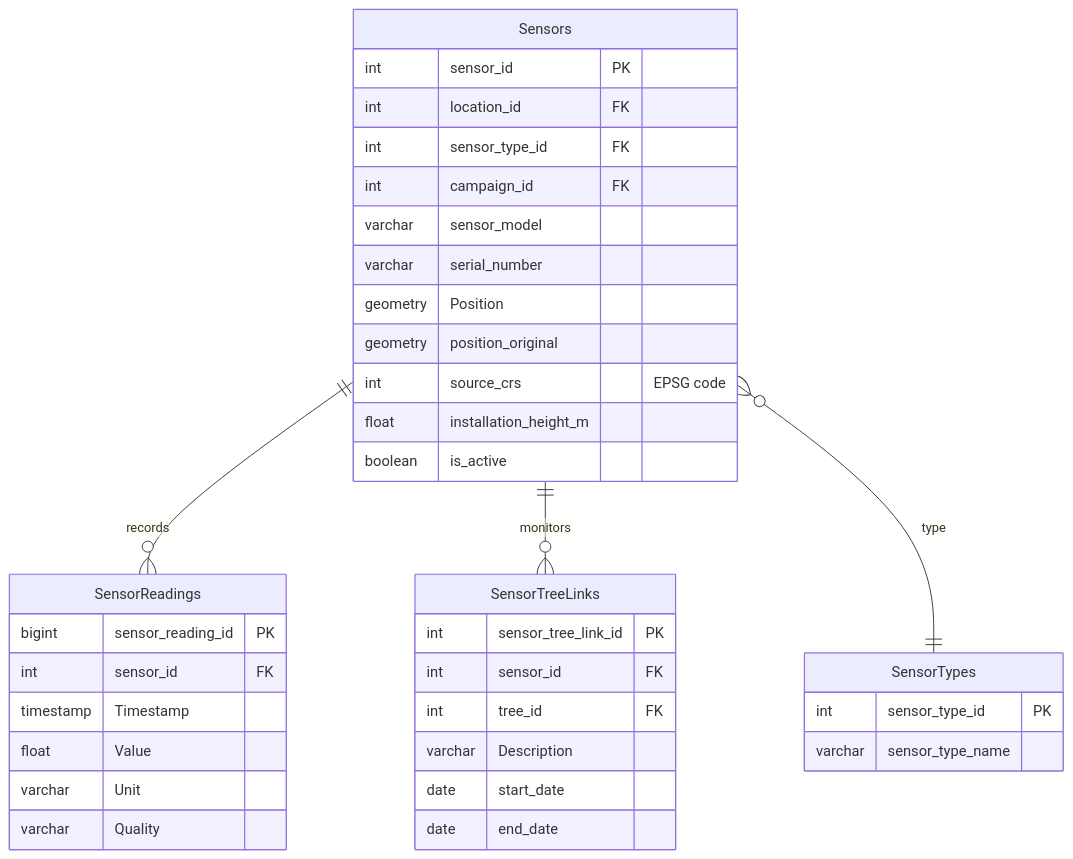
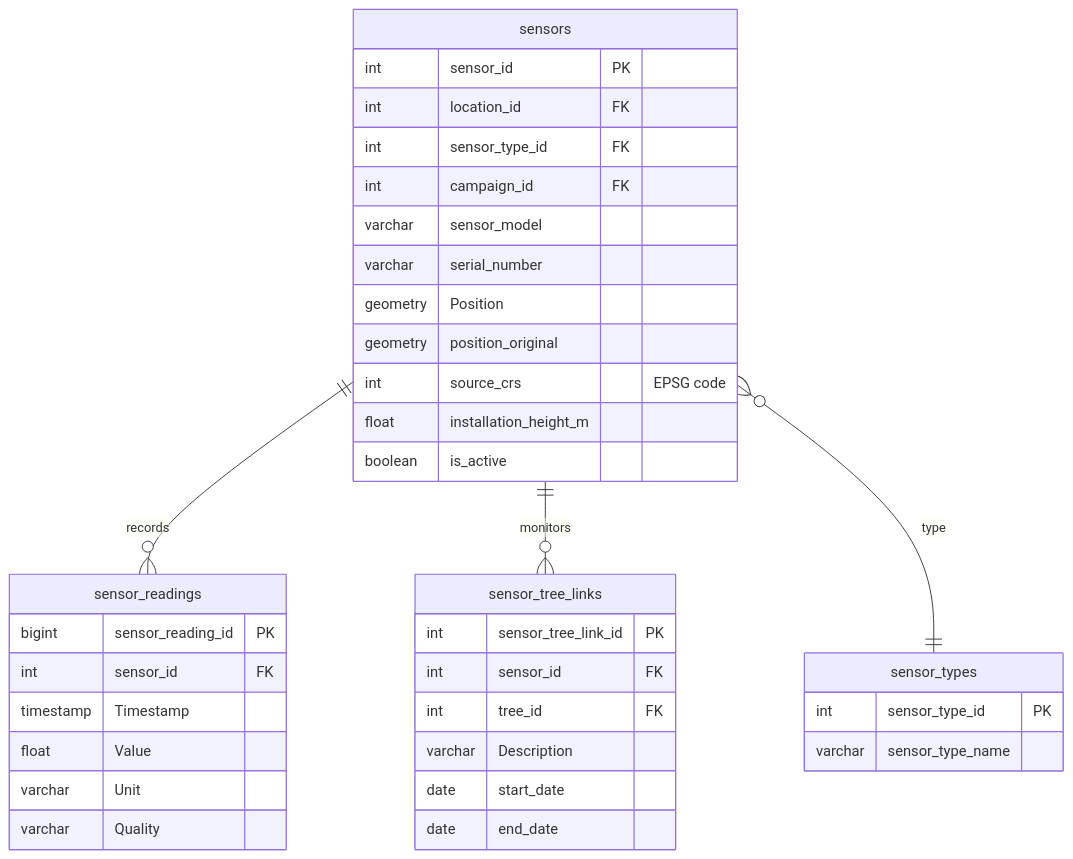
Before and after one commit to XRFutureForests/digital-twin-db: the third of 7 diagrams in docs/database-overview.md, drawn with Mermaid. The commit also changed other lines of this file and 18 other files, not shown here.

````diff
--- a/docs/database-overview.md
+++ b/docs/database-overview.md
@@ -357,43 +357,43 @@
 ```mermaid
 erDiagram
-    Sensors {
+    sensors {
         int sensor_id PK
         int location_id FK
         int sensor_type_id FK
         int campaign_id FK
         varchar sensor_model
         varchar serial_number
         geometry Position
         geometry position_original
         int source_crs "EPSG code"
         float installation_height_m
         boolean is_active
     }
 
-    SensorReadings {
+    sensor_readings {
         bigint sensor_reading_id PK
         int sensor_id FK
         timestamp Timestamp
         float Value
         varchar Unit
         varchar Quality
     }
 
-    SensorTreeLinks {
+    sensor_tree_links {
         int sensor_tree_link_id PK
         int sensor_id FK
         int tree_id FK
         varchar Description
         date start_date
         date end_date
     }
 
-    SensorTypes {
+    sensor_types {
         int sensor_type_id PK
         varchar sensor_type_name
     }
 
-    Sensors ||--o{ SensorReadings : "records"
-    Sensors ||--o{ SensorTreeLinks : "monitors"
-    Sensors }o--|| SensorTypes : "type"
+    sensors ||--o{ sensor_readings : "records"
+    sensors ||--o{ sensor_tree_links : "monitors"
+    sensors }o--|| sensor_types : "type"
 ```
````
